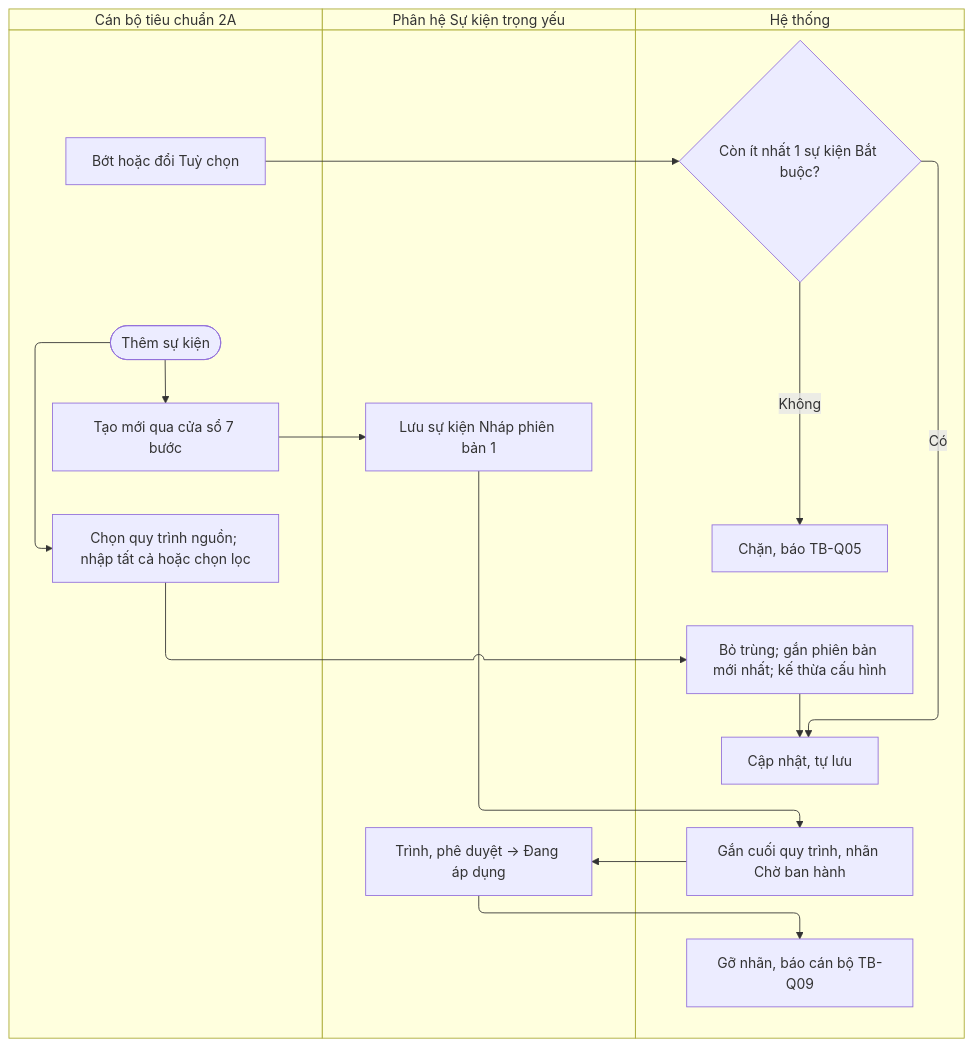
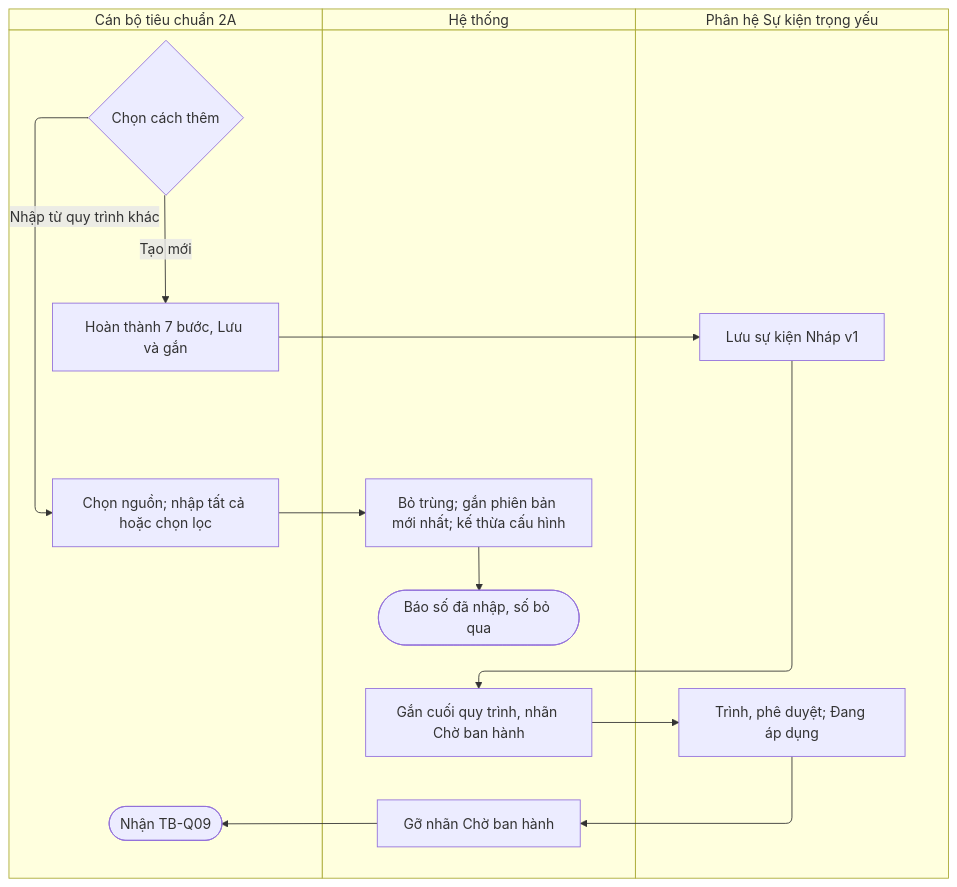
One commit to cuongnh-rd/ndatrace-attp changed the second of 2 diagrams in docs/prd/quy-trinh-tieu-chuan-txng/7.2-cau-hinh-danh-sach-su-kien.md. Above: the diagram before and after it, drawn with Mermaid. The commit also changed other lines of this file and 9 other files, not shown here.

First line of the commit message:
docs(prd): vẽ lại swimlane Quy trình tiêu chuẩn TXNG, phạm vi trùng ngành theo cơ quan cấp 2, sửa tham chiếu luồng

````diff
--- a/docs/prd/quy-trinh-tieu-chuan-txng/7.2-cau-hinh-danh-sach-su-kien.md
+++ b/docs/prd/quy-trinh-tieu-chuan-txng/7.2-cau-hinh-danh-sach-su-kien.md
@@ -87,32 +89,28 @@
 ```mermaid
 swimlane-beta TB
   subgraph CB["Cán bộ tiêu chuẩn 2A"]
-    s(["Thêm sự kiện"])
-    c1["Tạo mới qua cửa sổ 7 bước"]
-    c2["Chọn quy trình nguồn; nhập tất cả hoặc chọn lọc"]
-    c3["Bớt hoặc đổi Tuỳ chọn"]
-  end
-  subgraph SK["Phân hệ Sự kiện trọng yếu"]
-    k1["Lưu sự kiện Nháp phiên bản 1"]
-    k2["Trình, phê duyệt → Đang áp dụng"]
+    s{"Chọn cách thêm"}
+    c1["Hoàn thành 7 bước, Lưu và gắn"]
+    c2["Chọn nguồn; nhập tất cả hoặc chọn lọc"]
+    c9(["Nhận TB-Q09"])
   end
   subgraph HT["Hệ thống"]
     h1["Gắn cuối quy trình, nhãn Chờ ban hành"]
-    h5["Gỡ nhãn, báo cán bộ TB-Q09"]
     h2["Bỏ trùng; gắn phiên bản mới nhất; kế thừa cấu hình"]
-    d1{"Còn ít nhất 1 sự kiện Bắt buộc?"}
-    h3["Chặn, báo TB-Q05"]
-    h4["Cập nhật, tự lưu"]
+    e2(["Báo số đã nhập, số bỏ qua"])
+    h5["Gỡ nhãn Chờ ban hành"]
   end
-  s --> c1
+  subgraph SK["Phân hệ Sự kiện trọng yếu"]
+    k1["Lưu sự kiện Nháp v1"]
+    k2["Trình, phê duyệt; Đang áp dụng"]
+  end
+  s -->|Tạo mới| c1
+  s -->|Nhập từ quy trình khác| c2
   c1 --> k1
   k1 --> h1
   h1 --> k2
   k2 --> h5
-  s --> c2
+  h5 --> c9
   c2 --> h2
-  h2 --> h4
-  c3 --> d1
-  d1 -->|Không| h3
-  d1 -->|Có| h4
+  h2 --> e2
 ```
````
